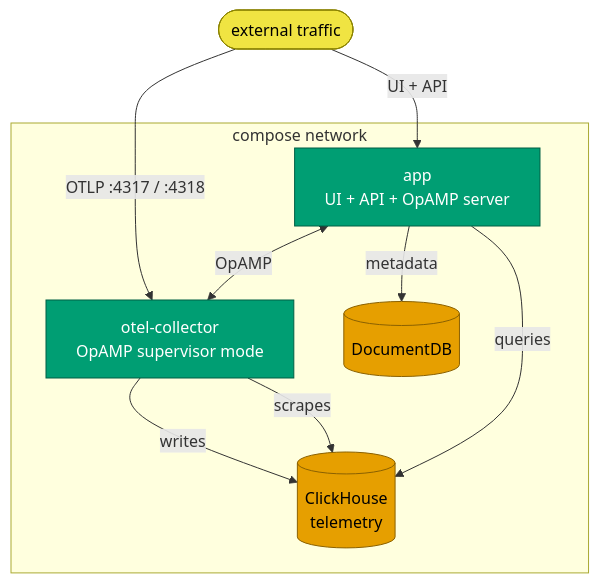
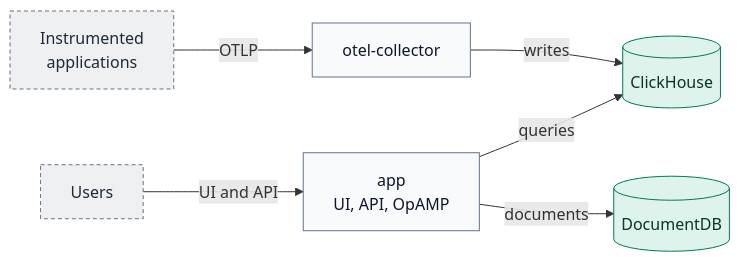
One commit to hyperi-io/dfe-hyperdx changed the second of 2 diagrams in docs/architecture/deployment.md. Above: the diagram before and after it, drawn with Mermaid. The commit also changed other lines of this file and 24 other files, not shown here.

First line of the commit message:
docs(hyperdx): fix claims and redraw the fork docs diagrams

````diff
--- a/docs/architecture/deployment.md
+++ b/docs/architecture/deployment.md
@@ -60,27 +67,24 @@
 ```mermaid
-flowchart TB
-    ext(["external traffic"])
+flowchart LR
+    accTitle: L4 Detail -- Compose services
+    accDescr: Instrumented applications send OTLP to the otel-collector, which writes ClickHouse. Users reach the app container, which queries ClickHouse and keeps its documents in DocumentDB.
 
-    subgraph net["compose network"]
-        APP["app<br/>UI + API + OpAMP server"]
-        OTEL["otel-collector<br/>OpAMP supervisor mode"]
-        CH[(ClickHouse<br/>telemetry)]
-        DOCDB[("DocumentDB")]
-    end
+    senders["Instrumented<br/>applications"]
+    users["Users"]
+    otel["otel-collector"]
+    app["app<br/>UI, API, OpAMP"]
+    ch[("ClickHouse")]
+    docdb[("DocumentDB")]
 
-    ext -->|OTLP :4317 / :4318| OTEL
-    ext -->|UI + API| APP
-    OTEL -->|writes| CH
-    OTEL -->|scrapes| CH
-    APP -->|queries| CH
-    APP -->|metadata| DOCDB
-    APP <-->|OpAMP| OTEL
+    senders -->|OTLP| otel
+    users -->|UI and API| app
+    otel -->|writes| ch
+    app -->|queries| ch
+    app -->|documents| docdb
 
-    classDef edge fill:#F0E442,stroke:#8a8200,color:#000000
-    classDef svc fill:#009E73,stroke:#005f45,color:#ffffff
-    classDef ours fill:#0072B2,stroke:#00456b,color:#ffffff
-    classDef store fill:#E69F00,stroke:#8a6100,color:#000000
-    class ext edge
-    class APP,OTEL svc
-    class CH,DOCDB store
+    classDef default fill:#F8FAFC,stroke:#64748B,stroke-width:1px,color:#0F172A
+    classDef store fill:#DDF3EC,stroke:#00785A,stroke-width:1px,color:#0B3327
+    classDef ext fill:#EEF0F2,stroke:#6B7280,stroke-width:1px,stroke-dasharray:4 3,color:#1F2937
+    class senders,users ext
+    class ch,docdb store
 ```
````
